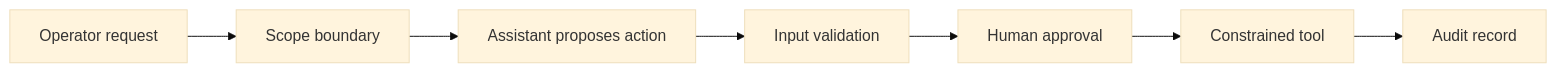
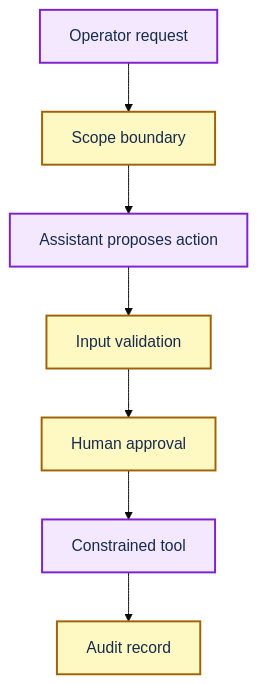
One commit to Acestus/portfolio changed the diagram in site/content/docs/video-narrow-cloud-operations-assistant.md. Above: the diagram before and after it, drawn with Mermaid (base theme). The commit also changed 20 other files, not shown here.

Commit message:
Apply Mermaid and Pele style to video guides (#58)

````diff
--- a/site/content/docs/video-narrow-cloud-operations-assistant.md
+++ b/site/content/docs/video-narrow-cloud-operations-assistant.md
@@ -27,9 +27,15 @@
 ```mermaid
-flowchart LR
+flowchart TD
+  accTitle: A narrow AI assistant for cloud operations
   U[Operator request] --> B[Scope boundary]
   B --> M[Assistant proposes action]
   M --> V[Input validation]
   V --> H[Human approval]
   H --> T[Constrained tool]
   T --> A[Audit record]
+
+  classDef primary fill:#F3E8FF,stroke:#7E22CE,color:#172B4D,stroke-width:2px
+  classDef secondary fill:#FEF9C3,stroke:#A16207,color:#172B4D,stroke-width:2px
+  class U,M,T primary
+  class B,V,H,A secondary
 ```
````
